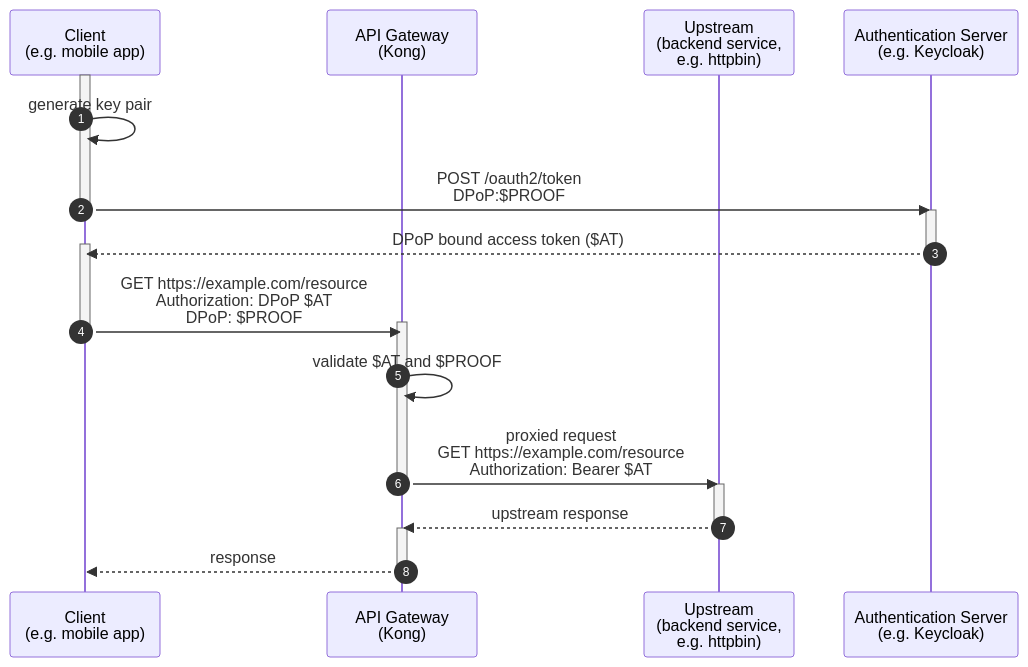
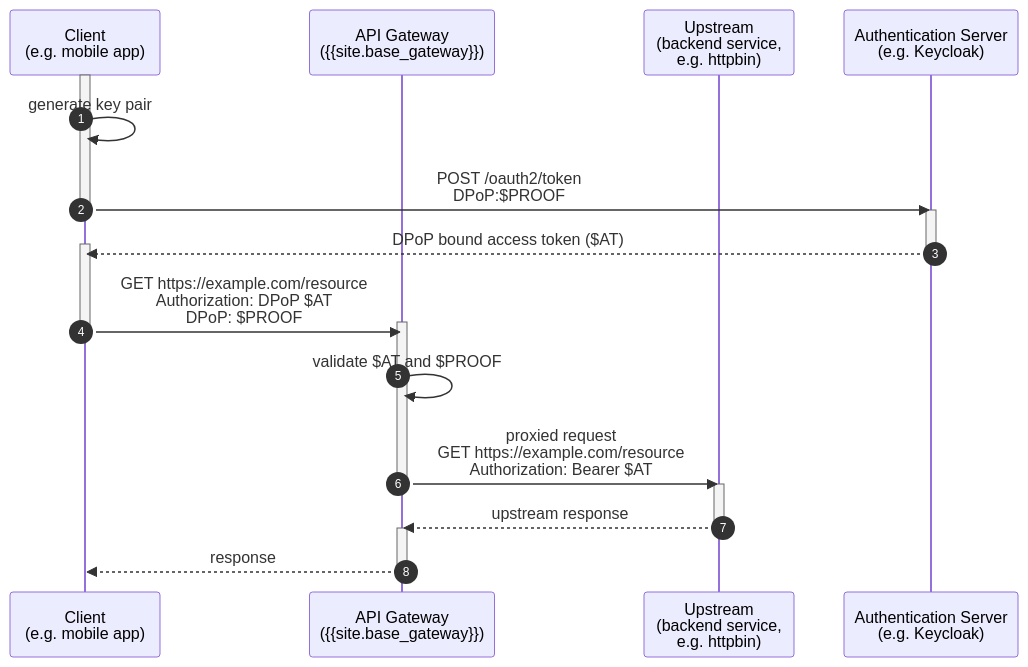
Before and after one commit to Kong/developer.konghq.com: the tenth of 10 diagrams in app/_kong_plugins/openid-connect/index.md, drawn with Mermaid. The commit also changed other lines of this file and 4 other files, not shown here.

```diff
--- a/app/_kong_plugins/openid-connect/index.md
+++ b/app/_kong_plugins/openid-connect/index.md
@@ -587,28 +587,28 @@
 {% mermaid %}
 sequenceDiagram
     autonumber
     participant client as Client <br>(e.g. mobile app)
-    participant kong as API Gateway <br>(Kong)
+    participant kong as API Gateway <br>({{site.base_gateway}})
     participant upstream as Upstream <br>(backend service,<br> e.g. httpbin)
     participant idp as Authentication Server <br>(e.g. Keycloak)
     activate client
     client->>client: generate key pair
     client->>idp: POST /oauth2/token<br>DPoP:$PROOF
     deactivate client
     activate idp
     idp-->>client: DPoP bound access token ($AT)
     activate client
     deactivate idp
     client->>kong: GET https://example.com/resource<br>Authorization: DPoP $AT<br>DPoP: $PROOF
     activate kong
     deactivate client
     kong->>kong: validate $AT and $PROOF
     kong->>upstream: proxied request <br> GET https://example.com/resource<br>Authorization: Bearer $AT
     deactivate kong
     activate upstream
     upstream-->>kong: upstream response
     deactivate upstream
     activate kong
     kong-->>client: response
     deactivate kong
 {% endmermaid %}
```
